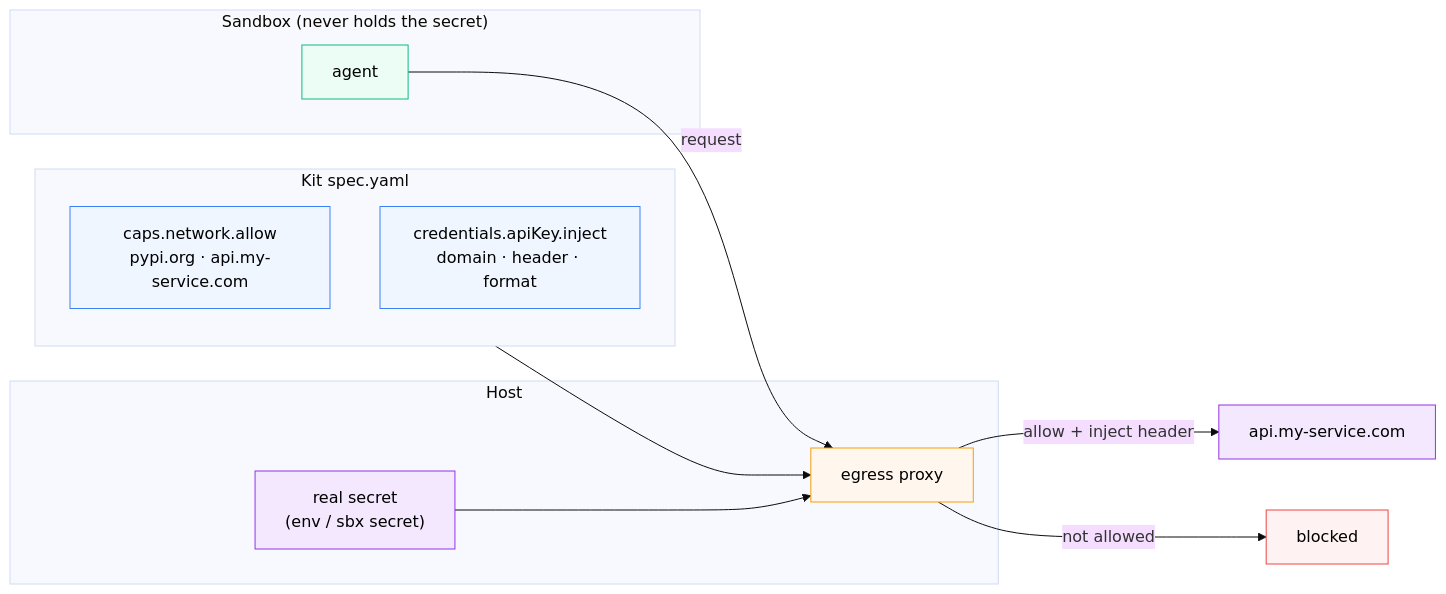
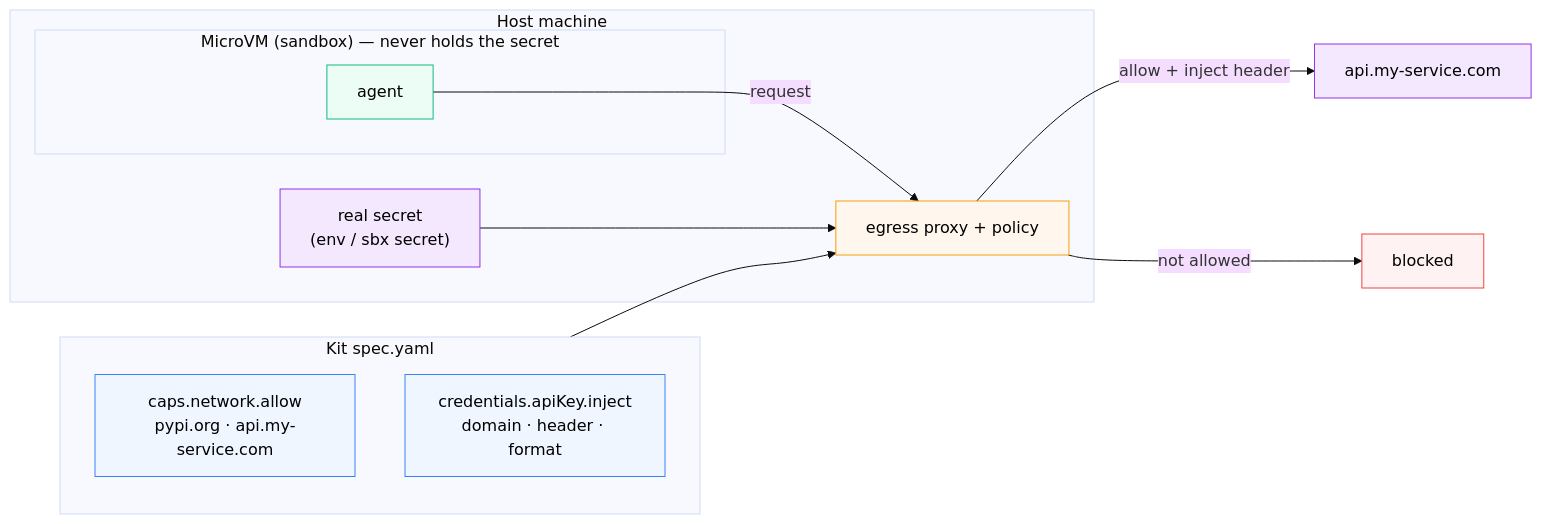
The diagram in labspace/kits/03-network-and-creds.md (ajeetraina/labspace-docker-ai-governance), drawn with Mermaid (base theme) before and after one commit. The commit also changed 6 other files, not shown here.

First line of the commit message:
Frame kit diagrams with Host machine + MicroVM for visual uniformity

````diff
--- a/labspace/kits/03-network-and-creds.md
+++ b/labspace/kits/03-network-and-creds.md
@@ -3,30 +3,30 @@
 ```mermaid
 flowchart LR
     subgraph KIT["Kit spec.yaml"]
         NET["caps.network.allow<br/>pypi.org · api.my-service.com"]
         CRED["credentials.apiKey.inject<br/>domain · header · format"]
     end
-    subgraph HOST["Host"]
+    subgraph HOST["Host machine"]
         SECRET["real secret<br/>(env / sbx secret)"]
-        PROXY["egress proxy"]
+        PROXY["egress proxy + policy"]
+        subgraph VM["MicroVM (sandbox) — never holds the secret"]
+            AGENT["agent"]
+        end
+        AGENT -- request --> PROXY
     end
     KIT --> PROXY
     SECRET --> PROXY
-    subgraph VM["Sandbox (never holds the secret)"]
-        AGENT["agent"]
-    end
-    AGENT -- request --> PROXY
     PROXY -->|"allow + inject header"| API["api.my-service.com"]
     PROXY -->|"not allowed"| BLOCK["blocked"]
 
     classDef kit fill:#eff6ff,stroke:#3b82f6,color:#000
     classDef pol fill:#fff7ed,stroke:#f59e0b,color:#000
     classDef vm fill:#ecfdf5,stroke:#10b981,color:#000
     classDef key fill:#f3e8fd,stroke:#9333ea,color:#000
     classDef deny fill:#fef2f2,stroke:#ef4444,color:#000
     class NET,CRED kit
     class PROXY pol
     class AGENT vm
     class SECRET,API key
     class BLOCK deny
 ```
````
